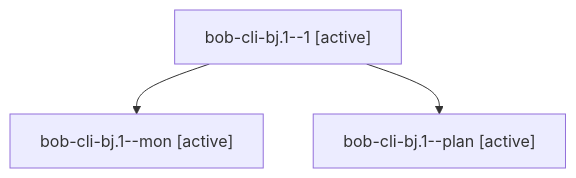
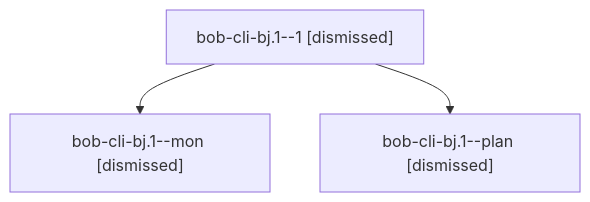
One commit to bobs-org/bob-cli--agents changed the diagram in sessions/bbugyi200.apollo.bob-cli-bj.1.md. Above: the diagram before and after it, drawn with Mermaid. The commit also changed other lines of this file and 214 other files, not shown here.

````diff
--- a/sessions/bbugyi200.apollo.bob-cli-bj.1.md
+++ b/sessions/bbugyi200.apollo.bob-cli-bj.1.md
@@ -9,8 +9,8 @@
 ```mermaid
 flowchart TD
-  n0["bob-cli-bj.1--1 [active]"]
-  n1["bob-cli-bj.1--mon [active]"]
+  n0["bob-cli-bj.1--1 [dismissed]"]
+  n1["bob-cli-bj.1--mon [dismissed]"]
   n0 --> n1
-  n2["bob-cli-bj.1--plan [active]"]
+  n2["bob-cli-bj.1--plan [dismissed]"]
   n0 --> n2
 ```
````
